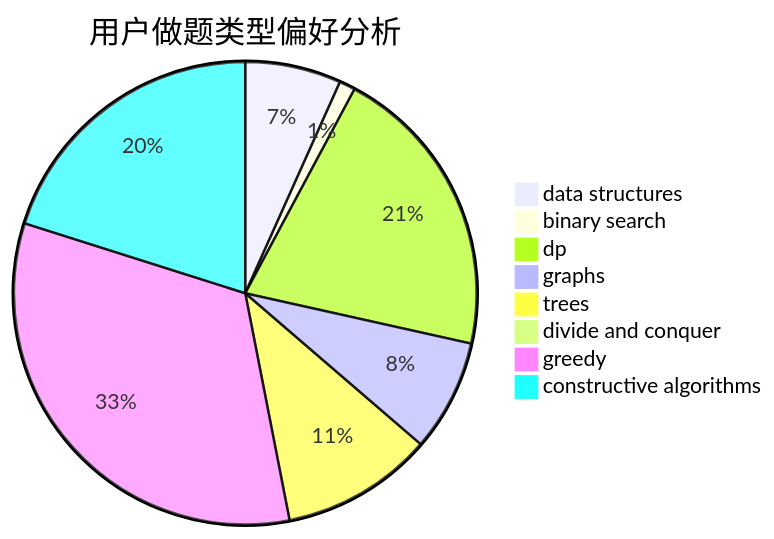
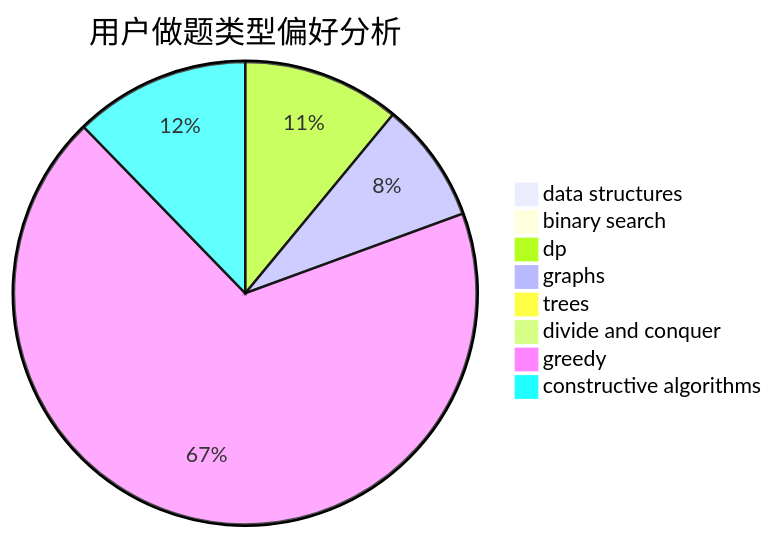
One commit to sherpahu/cfrs.github.io changed the second of 3 diagrams in docs/user/u102.md. Above: the diagram before and after it, drawn with Mermaid. The commit also changed other lines of this file and 2770 other files, not shown here.

````diff
--- a/docs/user/u102.md
+++ b/docs/user/u102.md
@@ -23,11 +23,11 @@
 ```mermaid
 pie title 用户做题类型偏好分析
-    "data structures" :  12
-    "binary search" :  2
-    "dp" :  37
-    "graphs" :  14
-    "trees" :  19
+    "data structures" :  5
+    "binary search" :  3
+    "dp" :  60
+    "graphs" :  46
+    "trees" :  0
     "divide and conquer" :  0
-    "greedy" :  59
-    "constructive algorithms" :  36
+    "greedy" :  373
+    "constructive algorithms" :  67
 ```
````
